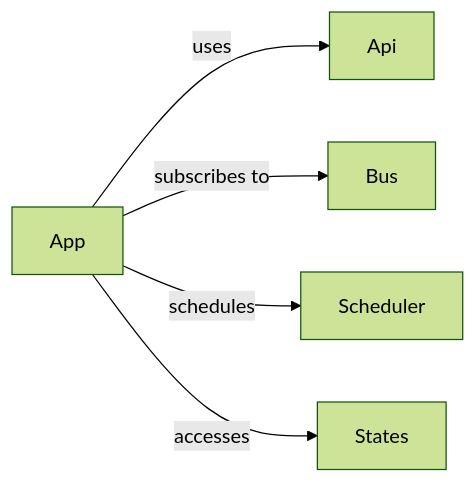
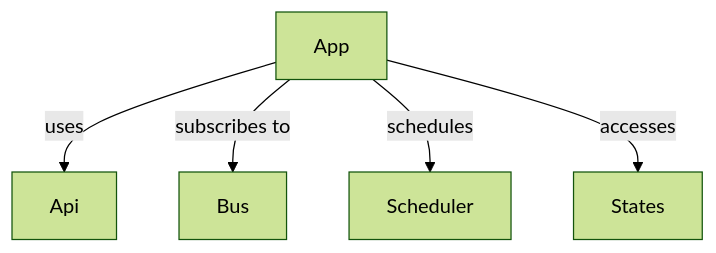
Before and after one commit to NodeJSmith/hassette: the diagram in docs/pages/core-concepts/apps/index.md, drawn with Mermaid (forest theme). The commit also changed 12 other files, not shown here.

````diff
--- a/docs/pages/core-concepts/apps/index.md
+++ b/docs/pages/core-concepts/apps/index.md
@@ -9,7 +9,7 @@
 ```mermaid
-graph LR
+graph TB
     A[App] -->|uses| Api
     A -->|subscribes to| Bus
     A -->|schedules| Scheduler
     A -->|accesses| States
 ```
````
